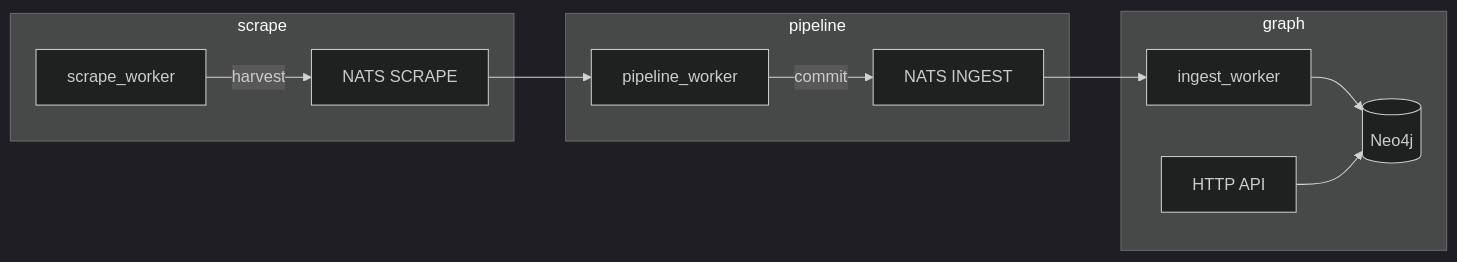
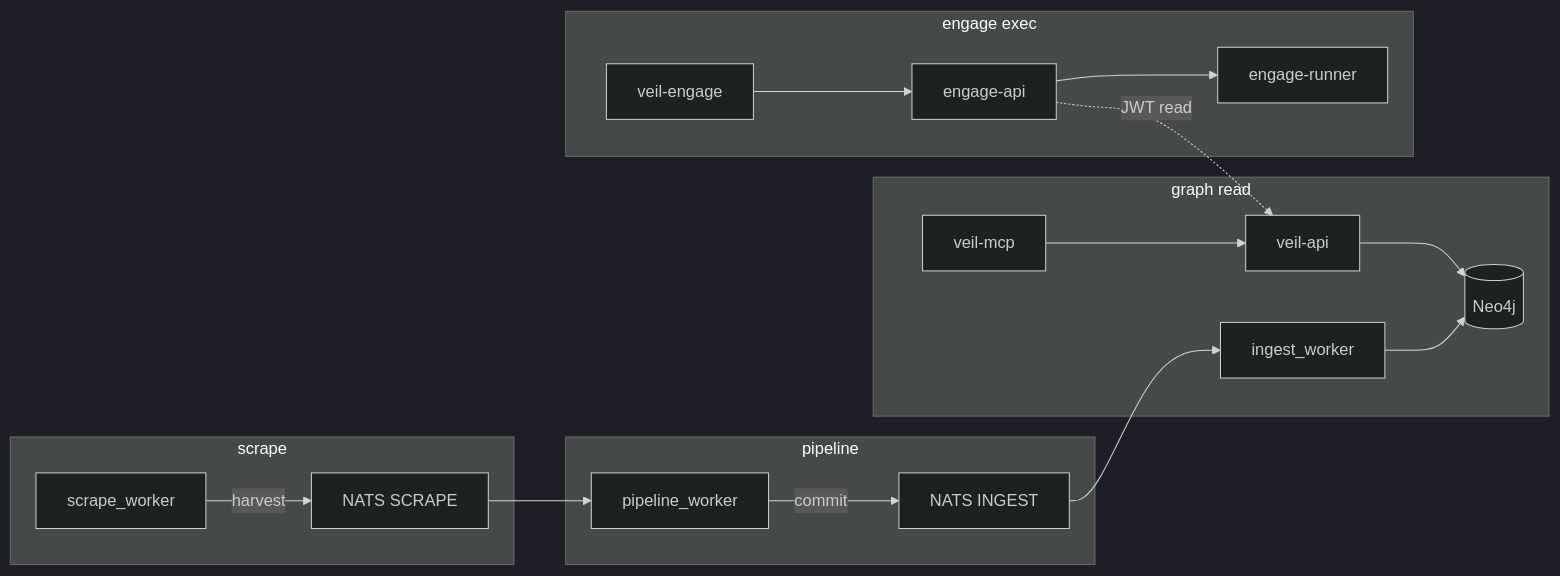
One commit to butbeautifulv/threat_intelligence changed the diagram in README.md. Above: the diagram before and after it, drawn with Mermaid (dark theme). The commit also changed other lines of this file and 158 other files, not shown here.

First line of the commit message:
feat(engage): fourth layer with veil-engage MCP, catalog, and docs

````diff
--- a/README.md
+++ b/README.md
@@ -13,19 +13,29 @@
 ```mermaid
 flowchart LR
   subgraph scrape [scrape]
     SW[scrape_worker]
     SW -->|harvest| NATS1[NATS SCRAPE]
   end
   subgraph pipeline [pipeline]
     PW[pipeline_worker]
     NATS1 --> PW
     PW -->|commit| NATS2[NATS INGEST]
   end
-  subgraph graph [graph]
+  subgraph graph [graph read]
     IW[ingest_worker]
     Neo4j[(Neo4j)]
-    API[HTTP API]
+    API[veil-api]
+    MCPg[veil-mcp]
     NATS2 --> IW --> Neo4j
     API --> Neo4j
+    MCPg --> API
+  end
+  subgraph engage [engage exec]
+    EngAPI[engage-api]
+    EngMCP[veil-engage]
+    Runner[engage-runner]
+    EngMCP --> EngAPI
+    EngAPI --> Runner
+    EngAPI -.->|JWT read| API
   end
 ```
````
